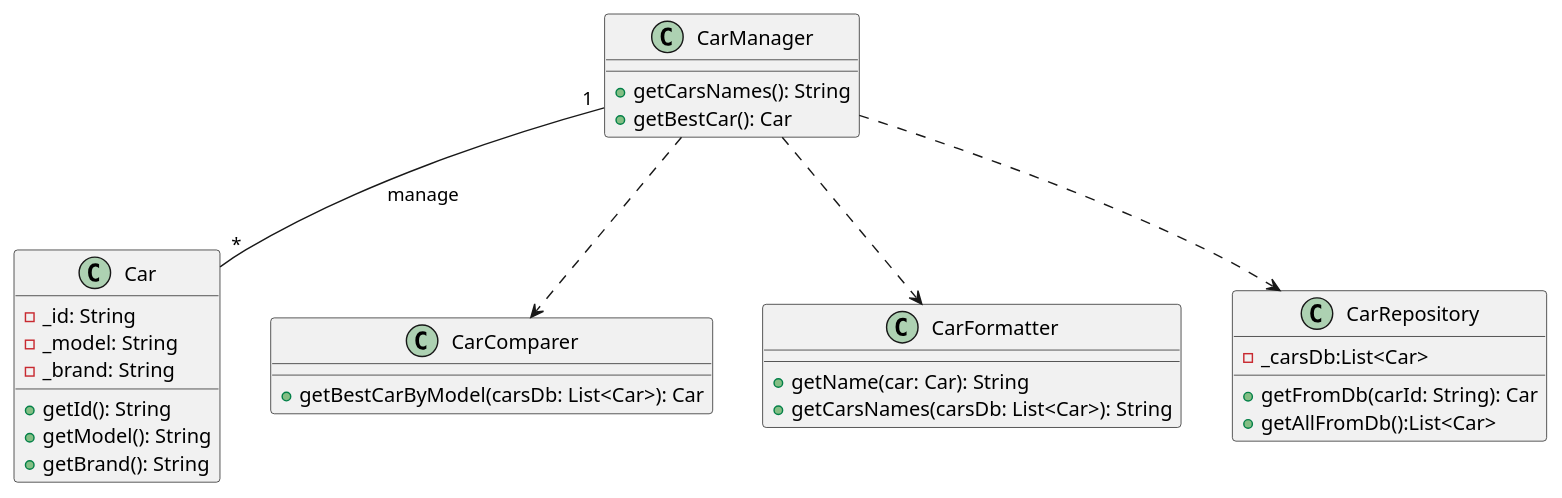
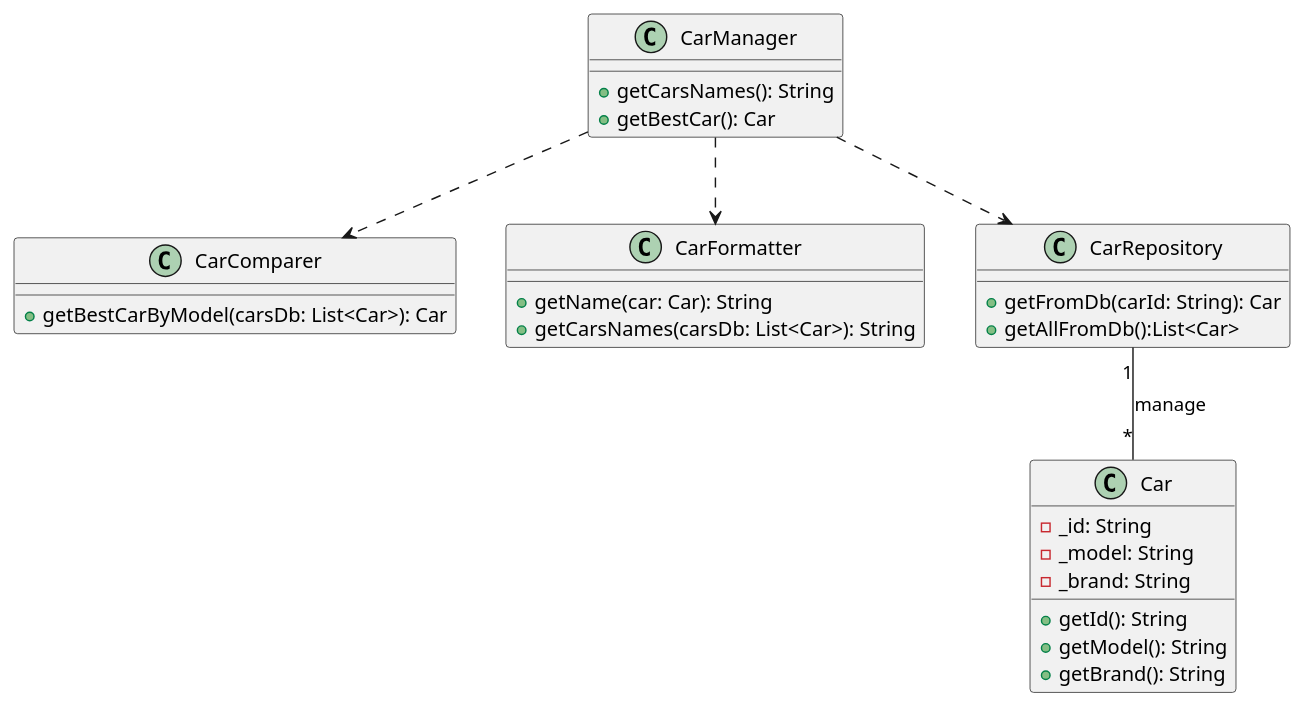
One commit to arwaouriemmi/Architecture_logicielle_TP1 changed the diagram in SRP/src/com/directi/training/srp/exercise_refractored/Visualisation.plantuml. Above: the diagram before and after it, drawn with PlantUML.

Commit message:
second commit

```diff
--- a/SRP/src/com/directi/training/srp/exercise_refractored/Visualisation.plantuml
+++ b/SRP/src/com/directi/training/srp/exercise_refractored/Visualisation.plantuml
@@ -1,37 +1,36 @@
 @startuml
 
 class Car {
     - _id: String
     - _model: String
     - _brand: String
 
     + getId(): String
     + getModel(): String
     + getBrand(): String
 }
 
 class CarComparer {
     + getBestCarByModel(carsDb: List<Car>): Car
 }
 
 class CarFormatter {
     + getName(car: Car): String
     + getCarsNames(carsDb: List<Car>): String
 }
 
 class CarManager {
     + getCarsNames(): String
     + getBestCar(): Car
 }
 class CarRepository {
-    - _carsDb:List<Car>
     + getFromDb(carId: String): Car
     + getAllFromDb():List<Car>
 }
 
 
-CarManager "1" --  "*" Car:manage
+CarRepository "1" --  "*" Car:manage
 CarManager ..>  CarComparer 
 CarManager  ..>  CarFormatter 
 CarManager ..>CarRepository
 @enduml
```
